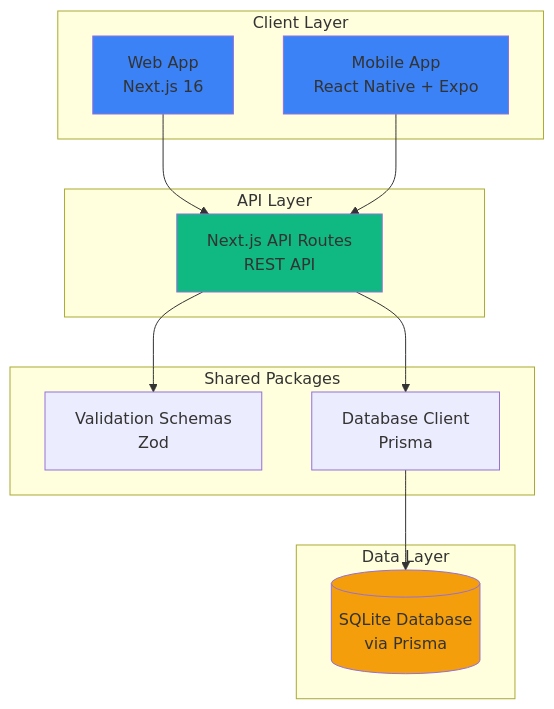
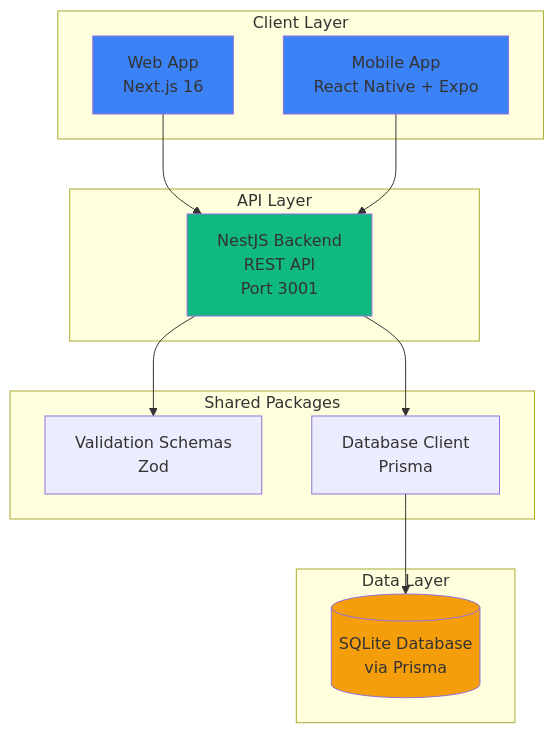
The first of 5 diagrams in documentation/ARCHITECTURE.md (arr-naung/ngama), drawn with Mermaid before and after one commit. The commit also changed other lines of this file and 23 other files, not shown here.

````diff
--- a/documentation/ARCHITECTURE.md
+++ b/documentation/ARCHITECTURE.md
@@ -7,31 +7,31 @@
 ```mermaid
 graph TB
     subgraph "Client Layer"
         WEB[Web App<br/>Next.js 16]
         MOBILE[Mobile App<br/>React Native + Expo]
     end
     
     subgraph "API Layer"
-        API[Next.js API Routes<br/>REST API]
+        API[NestJS Backend<br/>REST API<br/>Port 3001]
     end
     
     subgraph "Data Layer"
         DB[(SQLite Database<br/>via Prisma)]
     end
     
     subgraph "Shared Packages"
         SCHEMA[Validation Schemas<br/>Zod]
         DBPKG[Database Client<br/>Prisma]
     end
     
     WEB --> API
     MOBILE --> API
     API --> DBPKG
     API --> SCHEMA
     DBPKG --> DB
     
     style WEB fill:#3b82f6
     style MOBILE fill:#3b82f6
     style API fill:#10b981
     style DB fill:#f59e0b
 ```
````
